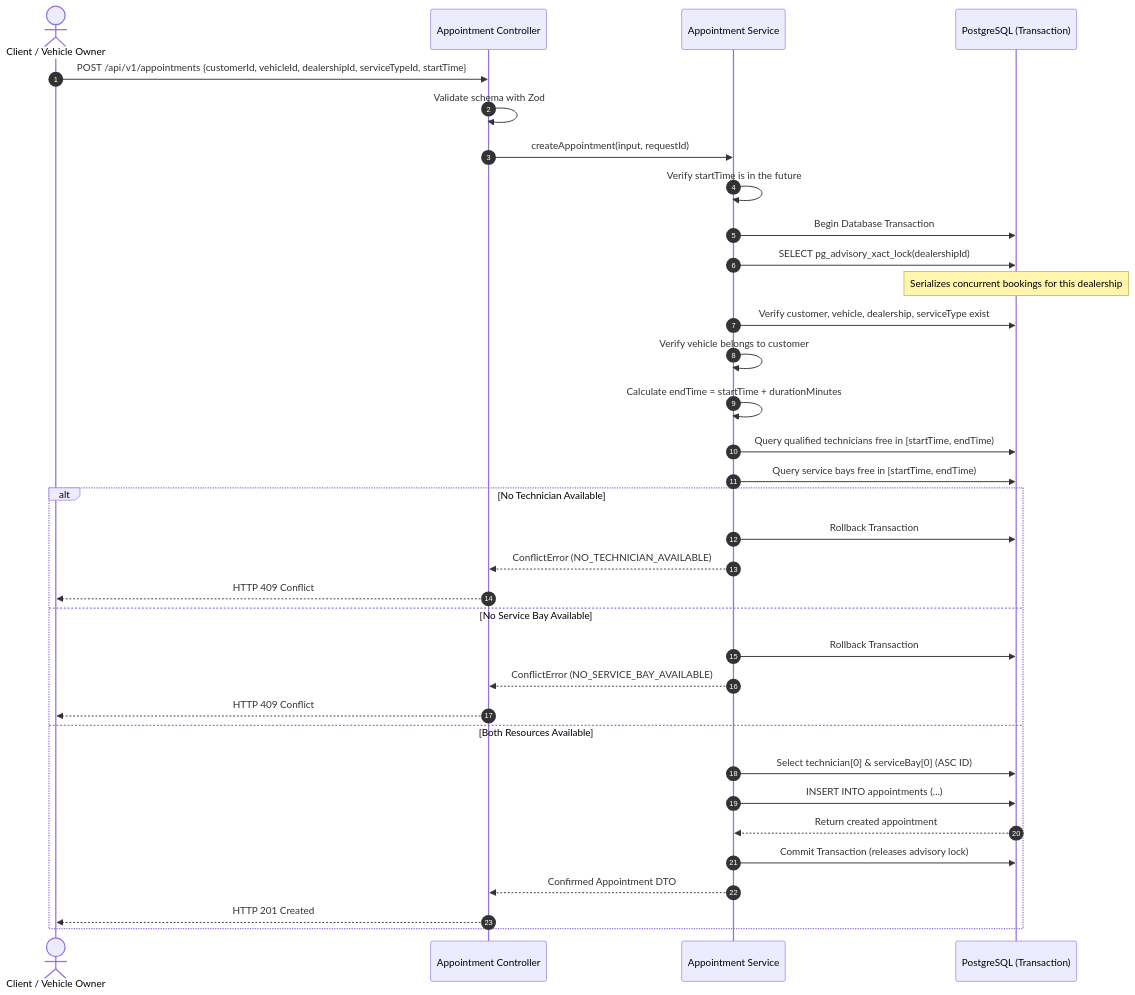
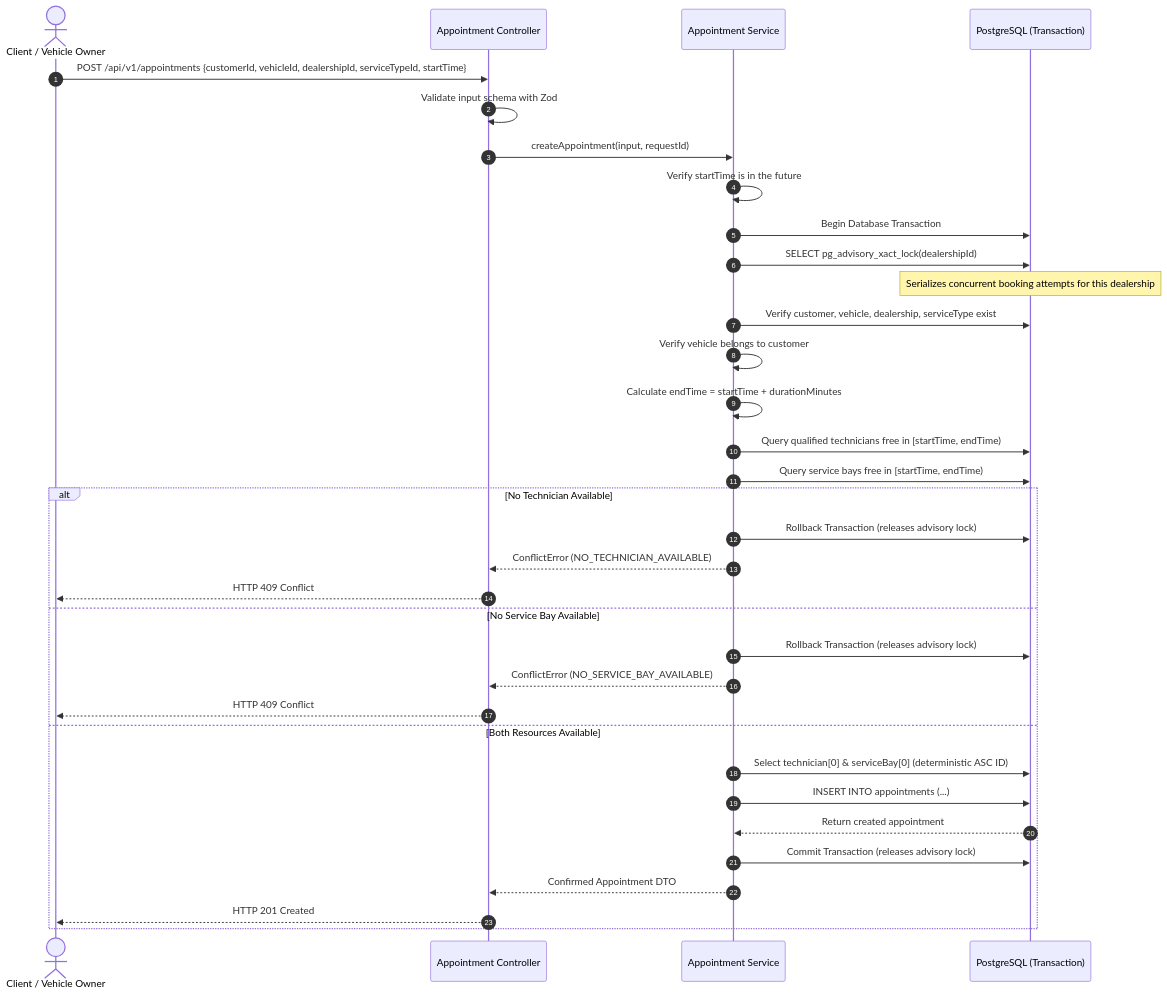
The second of 3 diagrams in docs/SYSTEM_DESIGN.md (HoangDang1123/keyloop-technical-assessment), drawn with Mermaid before and after one commit. The commit also changed other lines of this file and 1 other file, not shown here.

````diff
--- a/docs/SYSTEM_DESIGN.md
+++ b/docs/SYSTEM_DESIGN.md
@@ -65,37 +70,37 @@
 ```mermaid
 sequenceDiagram
     autonumber
     actor Customer as Client / Vehicle Owner
     participant API as Appointment Controller
     participant Service as Appointment Service
     participant DB as PostgreSQL (Transaction)
 
     Customer->>API: POST /api/v1/appointments {customerId, vehicleId, dealershipId, serviceTypeId, startTime}
-    API->>API: Validate schema with Zod
+    API->>API: Validate input schema with Zod
     API->>Service: createAppointment(input, requestId)
     Service->>Service: Verify startTime is in the future
     Service->>DB: Begin Database Transaction
     Service->>DB: SELECT pg_advisory_xact_lock(dealershipId)
-    Note over DB: Serializes concurrent bookings for this dealership
+    Note over DB: Serializes concurrent booking attempts for this dealership
     Service->>DB: Verify customer, vehicle, dealership, serviceType exist
     Service->>Service: Verify vehicle belongs to customer
     Service->>Service: Calculate endTime = startTime + durationMinutes
     Service->>DB: Query qualified technicians free in [startTime, endTime)
     Service->>DB: Query service bays free in [startTime, endTime)
     alt No Technician Available
-        Service->>DB: Rollback Transaction
+        Service->>DB: Rollback Transaction (releases advisory lock)
         Service-->>API: ConflictError (NO_TECHNICIAN_AVAILABLE)
         API-->>Customer: HTTP 409 Conflict
     else No Service Bay Available
-        Service->>DB: Rollback Transaction
+        Service->>DB: Rollback Transaction (releases advisory lock)
         Service-->>API: ConflictError (NO_SERVICE_BAY_AVAILABLE)
         API-->>Customer: HTTP 409 Conflict
     else Both Resources Available
-        Service->>DB: Select technician[0] & serviceBay[0] (ASC ID)
+        Service->>DB: Select technician[0] & serviceBay[0] (deterministic ASC ID)
         Service->>DB: INSERT INTO appointments (...)
         DB-->>Service: Return created appointment
         Service->>DB: Commit Transaction (releases advisory lock)
         Service-->>API: Confirmed Appointment DTO
         API-->>Customer: HTTP 201 Created
     end
 ```
````
